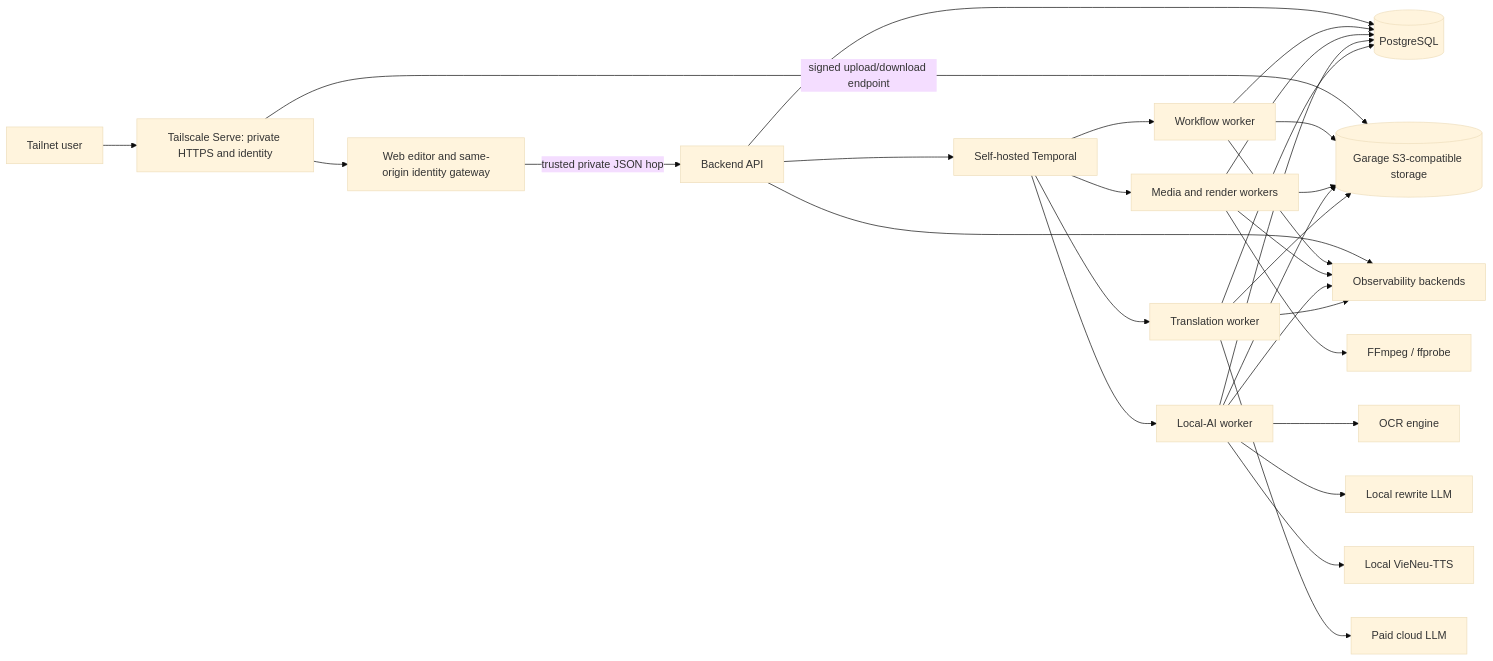
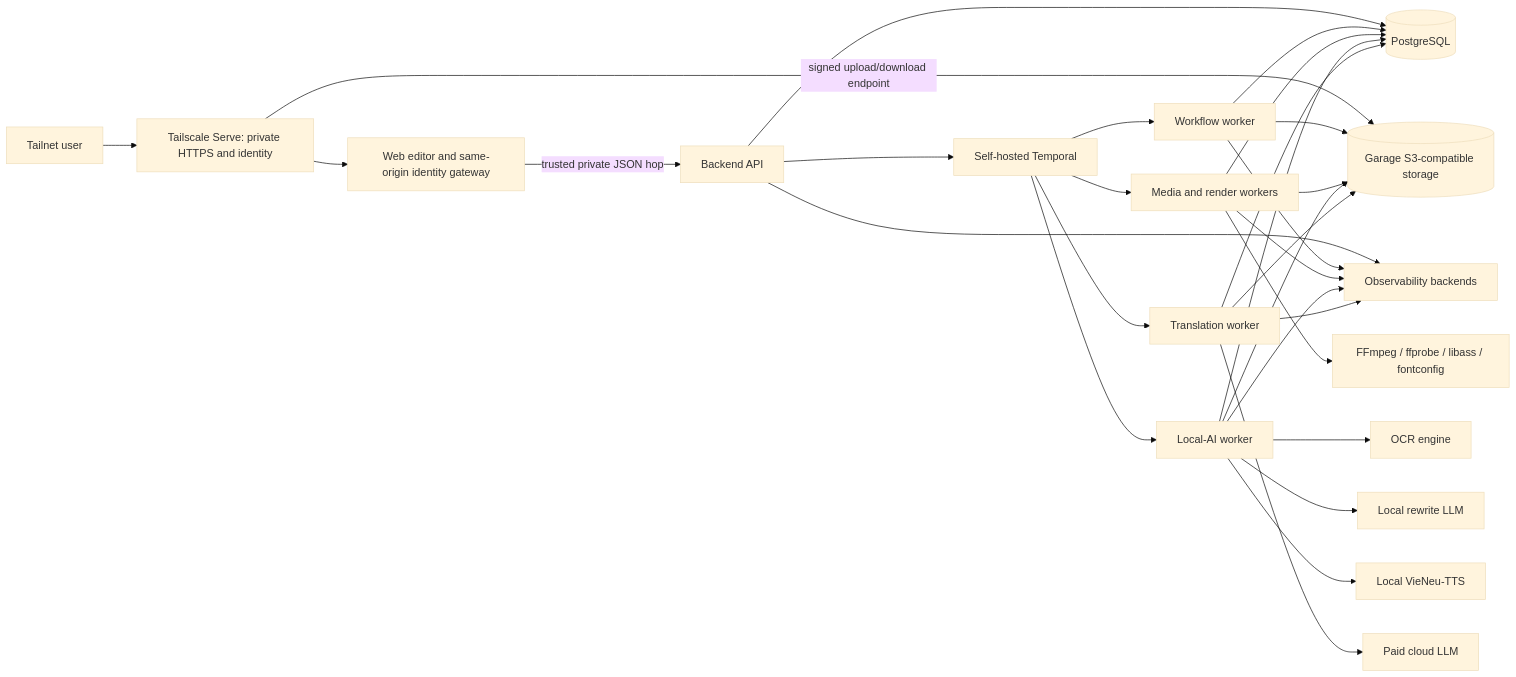
One commit to longnt27/auto-video-sub changed the diagram in docs/architecture.md. Above: the diagram before and after it, drawn with Mermaid (base theme). The commit also changed other lines of this file and 20 other files, not shown here.

````diff
--- a/docs/architecture.md
+++ b/docs/architecture.md
@@ -9,31 +9,31 @@
 ```mermaid
 flowchart LR
   User[Tailnet user] --> TS[Tailscale Serve: private HTTPS and identity]
   TS --> Web[Web editor and same-origin identity gateway]
   TS -->|signed upload/download endpoint| Store[(Garage S3-compatible storage)]
   Web -->|trusted private JSON hop| API[Backend API]
   API --> DB[(PostgreSQL)]
   API --> Temporal[Self-hosted Temporal]
   Temporal --> WorkflowW[Workflow worker]
   Temporal --> MediaW[Media and render workers]
   Temporal --> LocalAI[Local-AI worker]
   Temporal --> Translation[Translation worker]
   WorkflowW --> DB
   WorkflowW --> Store
   MediaW --> DB
   MediaW --> Store
-  MediaW --> FFmpeg[FFmpeg / ffprobe]
+  MediaW --> FFmpeg[FFmpeg / ffprobe / libass / fontconfig]
   LocalAI --> DB
   LocalAI --> Store
   LocalAI --> OCR[OCR engine]
   LocalAI --> LocalLLM[Local rewrite LLM]
   LocalAI --> TTS[Local VieNeu-TTS]
   Translation --> DB
   Translation --> Store
   Translation --> CloudLLM[Paid cloud LLM]
   API --> Telemetry[Observability backends]
   WorkflowW --> Telemetry
   MediaW --> Telemetry
   LocalAI --> Telemetry
   Translation --> Telemetry
 ```
````
